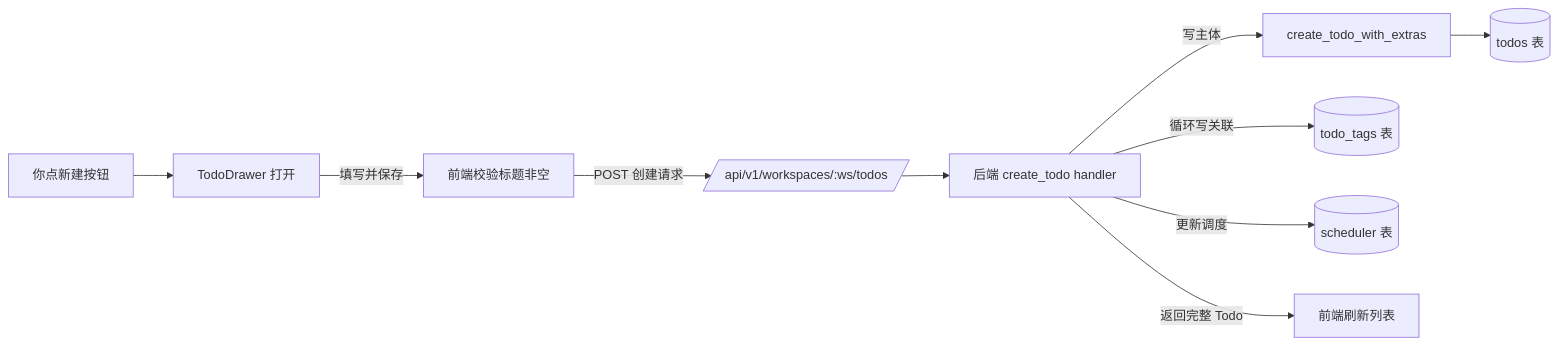
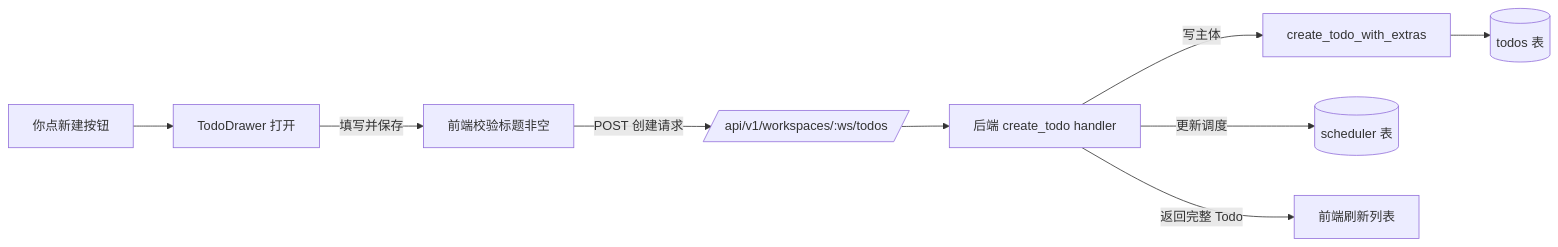
The first of 2 diagrams in frontend/src/help/pages/todo-list-create.md (weibaohui/ntd), drawn with Mermaid before and after one commit. The commit also changed other lines of this file and 92 other files, not shown here.

````diff
--- a/frontend/src/help/pages/todo-list-create.md
+++ b/frontend/src/help/pages/todo-list-create.md
@@ -28,12 +27,11 @@
 ```mermaid
 flowchart LR
   U[你点新建按钮] --> TD[TodoDrawer 打开]
   TD -->|填写并保存| FE[前端校验标题非空]
   FE -->|POST 创建请求| API[/api/v1/workspaces/:ws/todos/]
   API --> H[后端 create_todo handler]
   H -->|写主体| DAO[create_todo_with_extras]
   DAO --> T[(todos 表)]
-  H -->|循环写关联| TT[(todo_tags 表)]
   H -->|更新调度| SC[(scheduler 表)]
   H -->|返回完整 Todo| OK[前端刷新列表]
 ```
````
